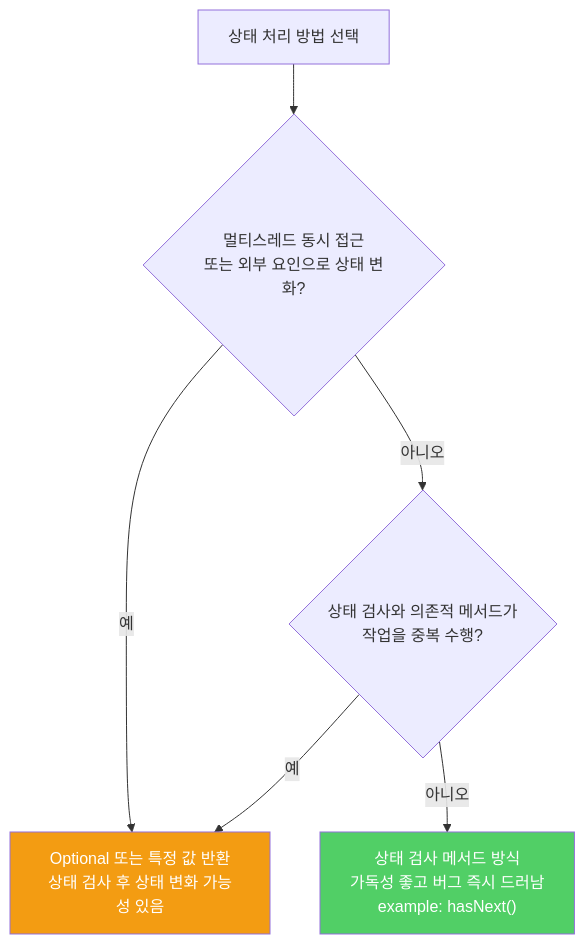
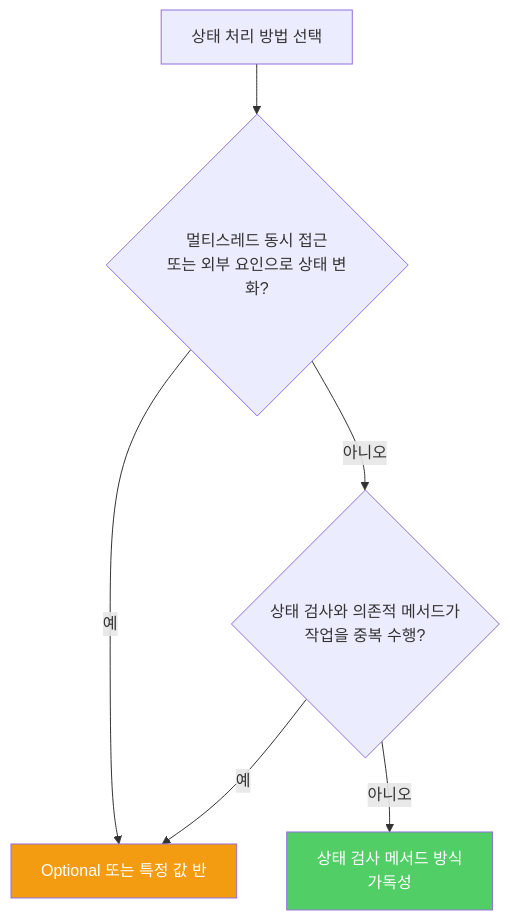
Before and after one commit to yjkim2015/yjkim2015.github.io: the diagram in _posts/java/2022-02-16-effective-java69.md, drawn with Mermaid. The commit also changed 271 other files, not shown here.

First line of the commit message:
Mermaid 라벨 축소: 긴 노드 텍스트 18자 이하로 트림 + \n 제거

````diff
--- a/_posts/java/2022-02-16-effective-java69.md
+++ b/_posts/java/2022-02-16-effective-java69.md
@@ -94,10 +94,10 @@
 ```mermaid
 graph TD
     A["상태 처리 방법 선택"] --> B{"멀티스레드 동시 접근\n또는 외부 요인으로 상태 변화?"}
-    B -- 예 --> C["Optional 또는 특정 값 반환\n상태 검사 후 상태 변화 가능성 있음"]
+    B -- 예 --> C["Optional 또는 특정 값 반"]
     B -- 아니오 --> D{"상태 검사와 의존적 메서드가\n작업을 중복 수행?"}
     D -- 예 --> C
-    D -- 아니오 --> E["상태 검사 메서드 방식\n가독성 좋고 버그 즉시 드러남\nexample: hasNext()"]
+    D -- 아니오 --> E["상태 검사 메서드 방식\n가독성"]
     style C fill:#f39c12,color:#fff
     style E fill:#51cf66,color:#fff
 ```
````
